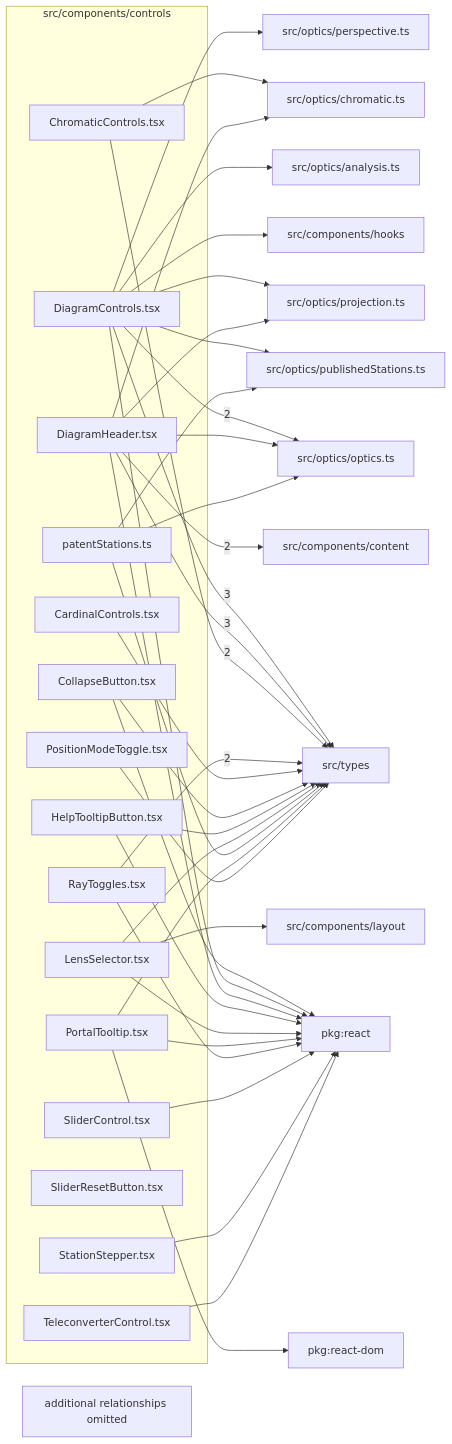
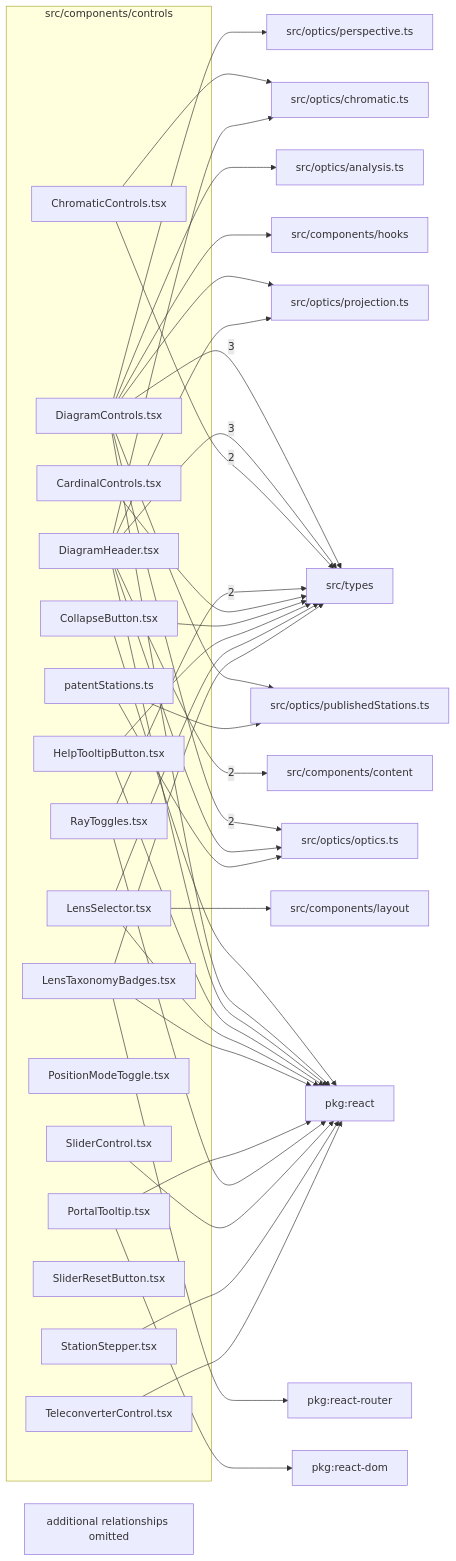
Before and after one commit to ronbuening/LensVisualizer: the diagram in src/components/controls/readme.md, drawn with Mermaid. The commit also changed other lines of this file and 8 other files, not shown here.

````diff
--- a/src/components/controls/readme.md
+++ b/src/components/controls/readme.md
@@ -9,69 +9,71 @@
 ```mermaid
 flowchart LR
   subgraph n_src_components_controls["src/components/controls"]
     n_src_components_controls_src_components_controls_CardinalControls_tsx["CardinalControls.tsx"]
     n_src_components_controls_src_components_controls_ChromaticControls_tsx["ChromaticControls.tsx"]
     n_src_components_controls_src_components_controls_CollapseButton_tsx["CollapseButton.tsx"]
     n_src_components_controls_src_components_controls_DiagramControls_tsx["DiagramControls.tsx"]
     n_src_components_controls_src_components_controls_DiagramHeader_tsx["DiagramHeader.tsx"]
     n_src_components_controls_src_components_controls_HelpTooltipButton_tsx["HelpTooltipButton.tsx"]
     n_src_components_controls_src_components_controls_LensSelector_tsx["LensSelector.tsx"]
+    n_src_components_controls_src_components_controls_LensTaxonomyBadges_tsx["LensTaxonomyBadges.tsx"]
     n_src_components_controls_src_components_controls_patentStations_ts["patentStations.ts"]
     n_src_components_controls_src_components_controls_PortalTooltip_tsx["PortalTooltip.tsx"]
     n_src_components_controls_src_components_controls_PositionModeToggle_tsx["PositionModeToggle.tsx"]
     n_src_components_controls_src_components_controls_RayToggles_tsx["RayToggles.tsx"]
     n_src_components_controls_src_components_controls_SliderControl_tsx["SliderControl.tsx"]
     n_src_components_controls_src_components_controls_SliderResetButton_tsx["SliderResetButton.tsx"]
     n_src_components_controls_src_components_controls_StationStepper_tsx["StationStepper.tsx"]
     n_src_components_controls_src_components_controls_TeleconverterControl_tsx["TeleconverterControl.tsx"]
   end
   n_external_src_types["src/types"]
   n_external_src_components_content["src/components/content"]
   n_external_src_optics_optics_ts["src/optics/optics.ts"]
   n_external_pkg_react["pkg:react"]
   n_external_pkg_react_dom["pkg:react-dom"]
+  n_external_pkg_react_router["pkg:react-router"]
   n_external_src_components_hooks["src/components/hooks"]
   n_external_src_components_layout["src/components/layout"]
   n_external_src_optics_analysis_ts["src/optics/analysis.ts"]
   n_external_src_optics_chromatic_ts["src/optics/chromatic.ts"]
   n_external_src_optics_perspective_ts["src/optics/perspective.ts"]
   n_external_src_optics_projection_ts["src/optics/projection.ts"]
   n_external_src_optics_publishedStations_ts["src/optics/publishedStations.ts"]
   n_src_components_controls_src_components_controls_DiagramControls_tsx --> |3| n_external_src_types
   n_src_components_controls_src_components_controls_DiagramHeader_tsx --> |3| n_external_src_types
   n_src_components_controls_src_components_controls_DiagramHeader_tsx --> |2| n_external_src_components_content
   n_src_components_controls_src_components_controls_DiagramControls_tsx --> |2| n_external_src_optics_optics_ts
   n_src_components_controls_src_components_controls_ChromaticControls_tsx --> |2| n_external_src_types
   n_src_components_controls_src_components_controls_RayToggles_tsx --> |2| n_external_src_types
   n_src_components_controls_src_components_controls_CollapseButton_tsx --> n_external_pkg_react
   n_src_components_controls_src_components_controls_DiagramControls_tsx --> n_external_pkg_react
   n_src_components_controls_src_components_controls_DiagramHeader_tsx --> n_external_pkg_react
   n_src_components_controls_src_components_controls_HelpTooltipButton_tsx --> n_external_pkg_react
   n_src_components_controls_src_components_controls_LensSelector_tsx --> n_external_pkg_react
+  n_src_components_controls_src_components_controls_LensTaxonomyBadges_tsx --> n_external_pkg_react
   n_src_components_controls_src_components_controls_PortalTooltip_tsx --> n_external_pkg_react
   n_src_components_controls_src_components_controls_RayToggles_tsx --> n_external_pkg_react
   n_src_components_controls_src_components_controls_SliderControl_tsx --> n_external_pkg_react
   n_src_components_controls_src_components_controls_StationStepper_tsx --> n_external_pkg_react
   n_src_components_controls_src_components_controls_TeleconverterControl_tsx --> n_external_pkg_react
   n_src_components_controls_src_components_controls_PortalTooltip_tsx --> n_external_pkg_react_dom
+  n_src_components_controls_src_components_controls_LensTaxonomyBadges_tsx --> n_external_pkg_react_router
   n_src_components_controls_src_components_controls_DiagramControls_tsx --> n_external_src_components_hooks
   n_src_components_controls_src_components_controls_LensSelector_tsx --> n_external_src_components_layout
   n_src_components_controls_src_components_controls_DiagramControls_tsx --> n_external_src_optics_analysis_ts
   n_src_components_controls_src_components_controls_ChromaticControls_tsx --> n_external_src_optics_chromatic_ts
   n_src_components_controls_src_components_controls_DiagramHeader_tsx --> n_external_src_optics_chromatic_ts
   n_src_components_controls_src_components_controls_DiagramHeader_tsx --> n_external_src_optics_optics_ts
   n_src_components_controls_src_components_controls_patentStations_ts --> n_external_src_optics_optics_ts
   n_src_components_controls_src_components_controls_DiagramControls_tsx --> n_external_src_optics_perspective_ts
   n_src_components_controls_src_components_controls_DiagramControls_tsx --> n_external_src_optics_projection_ts
   n_src_components_controls_src_components_controls_DiagramHeader_tsx --> n_external_src_optics_projection_ts
   n_src_components_controls_src_components_controls_DiagramControls_tsx --> n_external_src_optics_publishedStations_ts
   n_src_components_controls_src_components_controls_patentStations_ts --> n_external_src_optics_publishedStations_ts
   n_src_components_controls_src_components_controls_CardinalControls_tsx --> n_external_src_types
   n_src_components_controls_src_components_controls_CollapseButton_tsx --> n_external_src_types
   n_src_components_controls_src_components_controls_HelpTooltipButton_tsx --> n_external_src_types
   n_src_components_controls_src_components_controls_LensSelector_tsx --> n_external_src_types
-  n_src_components_controls_src_components_controls_patentStations_ts --> n_external_src_types
-  n_src_components_controls_src_components_controls_PortalTooltip_tsx --> n_external_src_types
-  n_src_components_controls_src_components_controls_PositionModeToggle_tsx --> n_external_src_types
+  n_src_components_controls_src_components_controls_LensTaxonomyBadges_tsx --> n_external_src_types
   n_src_components_controls_truncated["additional relationships omitted"]
 ```
````
